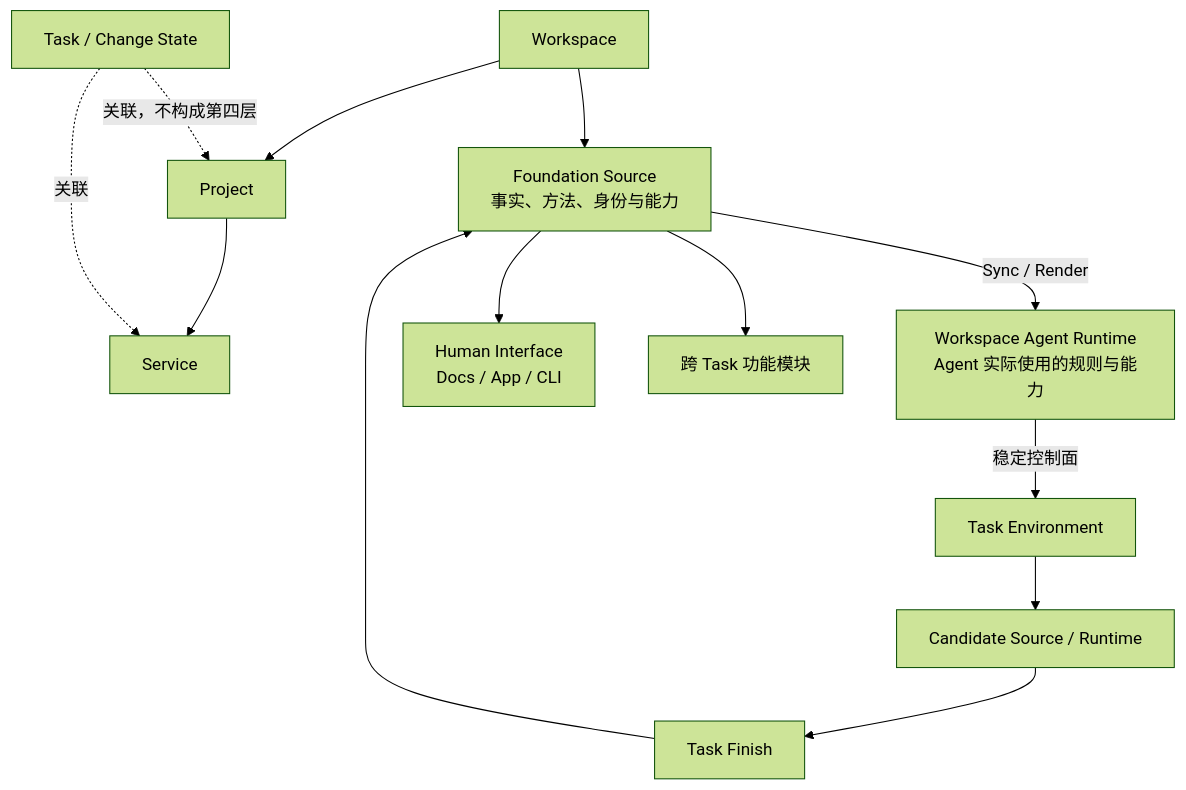
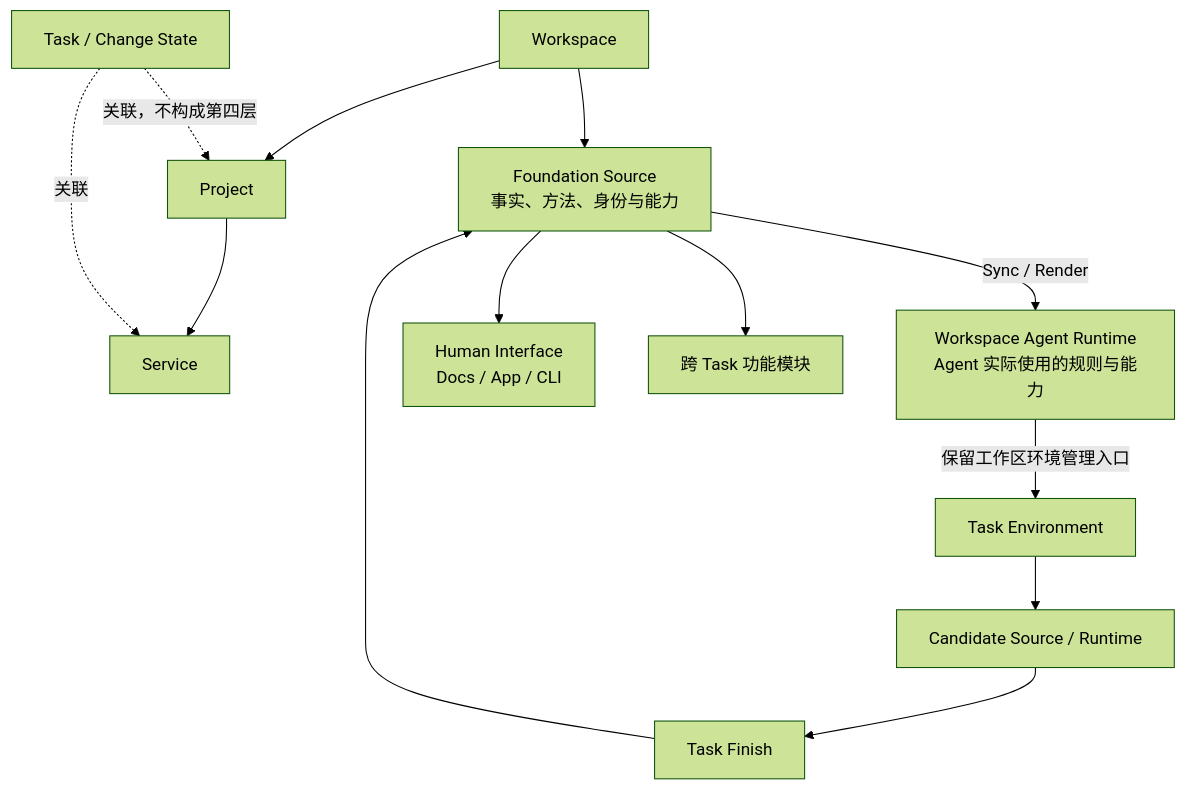
One commit to BuildrAI/Buildr changed the second of 3 diagrams in projects/product/docs/roadmap/task-lifecycle-architecture.md. Above: the diagram before and after it, drawn with Mermaid (forest theme). The commit also changed other lines of this file and 67 other files, not shown here.

````diff
--- a/projects/product/docs/roadmap/task-lifecycle-architecture.md
+++ b/projects/product/docs/roadmap/task-lifecycle-architecture.md
@@ -119,18 +122,18 @@
 ```mermaid
 flowchart TB
     W["Workspace"] --> P["Project"]
     P --> S["Service"]
     T["Task / Change State"] -. "关联，不构成第四层" .-> P
     T -. "关联" .-> S
 
     W --> F["Foundation Source<br/>事实、方法、身份与能力"]
     R["Workspace Agent Runtime<br/>Agent 实际使用的规则与能力"]
     F --> H["Human Interface<br/>Docs / App / CLI"]
     F --> M["跨 Task 功能模块"]
     F -->|"Sync / Render"| R
 
-    R -->|"稳定控制面"| E["Task Environment"]
+    R -->|"保留工作区环境管理入口"| E["Task Environment"]
     E --> C["Candidate Source / Runtime"]
     C --> TF["Task Finish"]
     TF --> F
 ```
````
